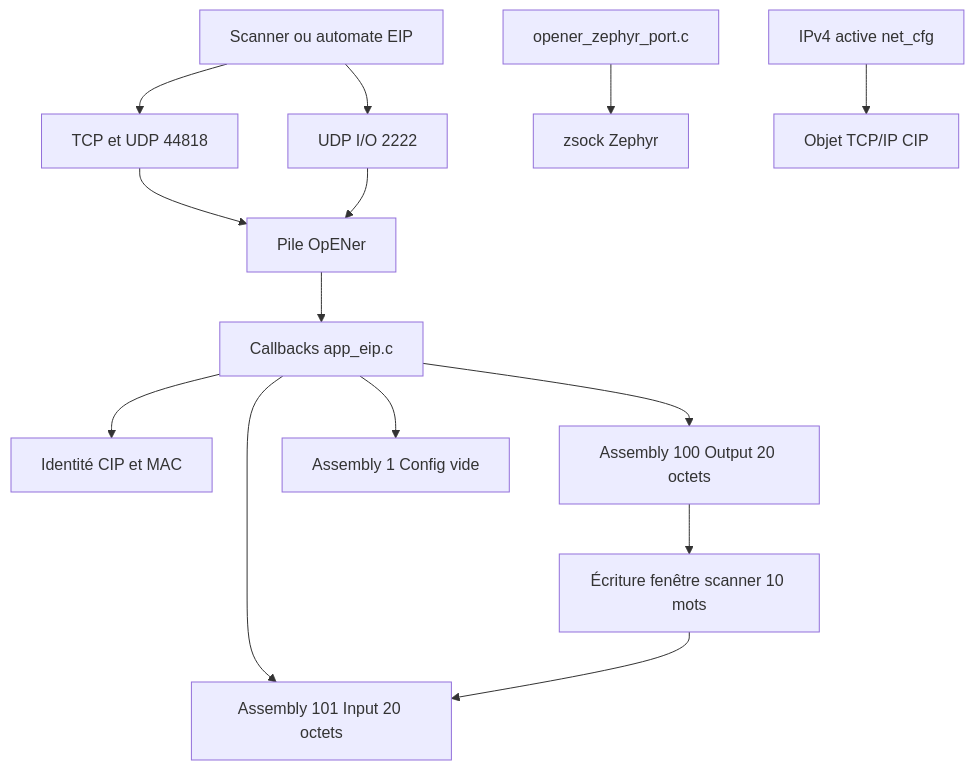
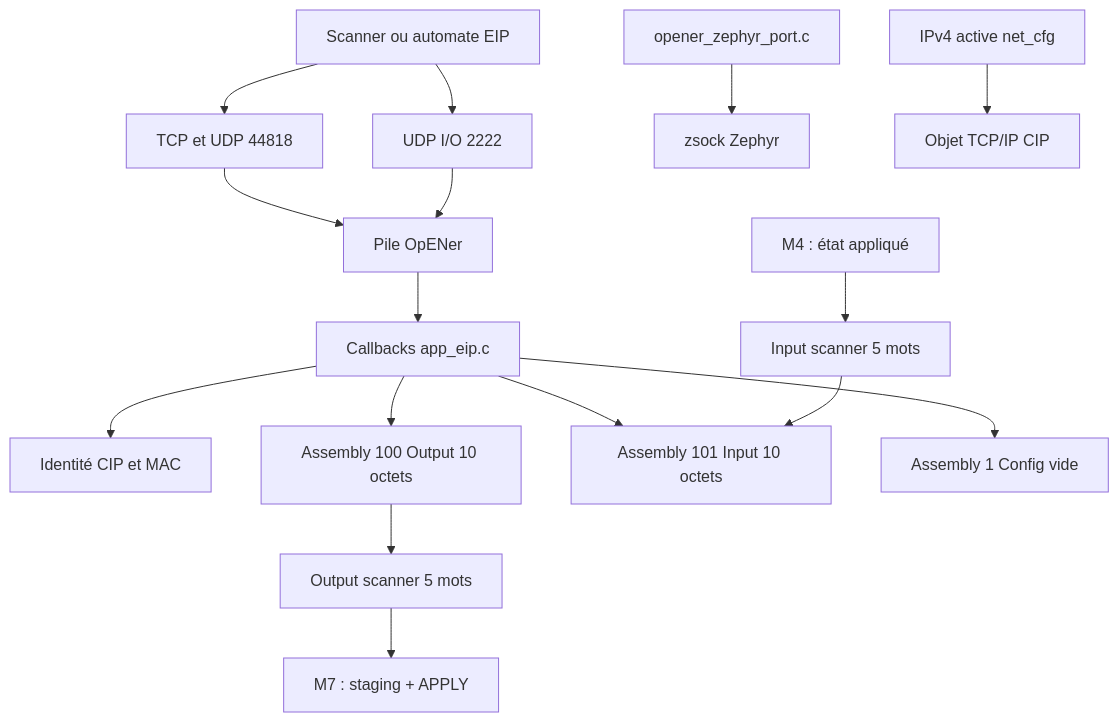
Before and after one commit to BehloulAmine/industrial-ethernet: the diagram in app_m7/src/protocols/eip/DES04_EtherNetIP.md, drawn with Mermaid. The commit also changed other lines of this file and 10 other files, not shown here.

Commit message:
Phase 10: update EtherNet/IP and Modbus assemblies to support 5-word input/output scanners and enhance remote control handling

````diff
--- a/app_m7/src/protocols/eip/DES04_EtherNetIP.md
+++ b/app_m7/src/protocols/eip/DES04_EtherNetIP.md
@@ -9,16 +9,18 @@
 ```mermaid
 flowchart TD
     PLC["Scanner ou automate EIP"] --> Encapsulation["TCP et UDP 44818"]
     PLC --> IO["UDP I/O 2222"]
     Encapsulation --> Opener["Pile OpENer"]
     IO --> Opener
     Port["opener_zephyr_port.c"] --> Sockets["zsock Zephyr"]
     Opener --> App["Callbacks app_eip.c"]
     App --> Identity["Identité CIP et MAC"]
-    App --> A100["Assembly 100 Output 20 octets"]
-    App --> A101["Assembly 101 Input 20 octets"]
+    App --> A100["Assembly 100 Output 10 octets"]
+    App --> A101["Assembly 101 Input 10 octets"]
     App --> A1["Assembly 1 Config vide"]
-    A100 --> Scanner["Écriture fenêtre scanner 10 mots"]
-    Scanner --> A101
+    A100 --> OutputScanner["Output scanner 5 mots"]
+    InputScanner["Input scanner 5 mots"] --> A101
+    OutputScanner --> M7["M7 : staging + APPLY"]
+    M4["M4 : état appliqué"] --> InputScanner
     NetCfg["IPv4 active net_cfg"] --> TCPIP["Objet TCP/IP CIP"]
 ```
````
